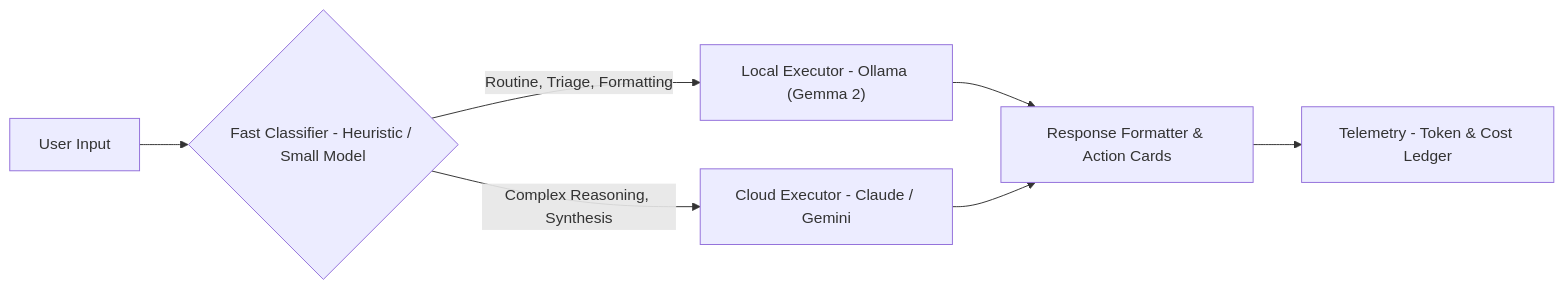
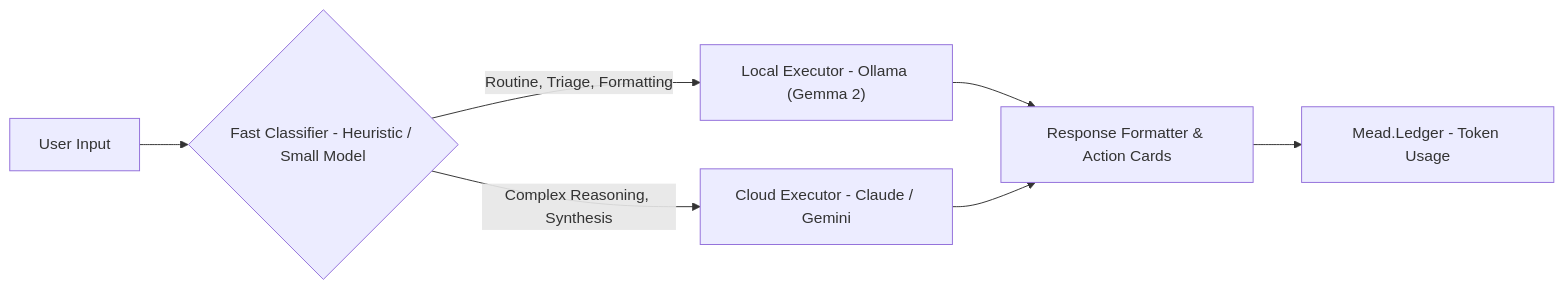
Before and after one commit to albertosca/mead: the second of 2 diagrams in docs/ARCHITECTURE.md, drawn with Mermaid. The commit also changed other lines of this file and 6 other files, not shown here.

````diff
--- a/docs/ARCHITECTURE.md
+++ b/docs/ARCHITECTURE.md
@@ -51,9 +51,9 @@
 ```mermaid
 flowchart LR
     Msg["User Input"] --> Classifier{"Fast Classifier - Heuristic / Small Model"}
     Classifier -->|"Routine, Triage, Formatting"| LocalExec["Local Executor - Ollama (Gemma 2)"]
     Classifier -->|"Complex Reasoning, Synthesis"| CloudExec["Cloud Executor - Claude / Gemini"]
     LocalExec --> TurnHandler["Response Formatter & Action Cards"]
     CloudExec --> TurnHandler
-    TurnHandler --> Ledger["Telemetry - Token & Cost Ledger"]
+    TurnHandler --> Ledger["Mead.Ledger - Token Usage"]
 ```
````
